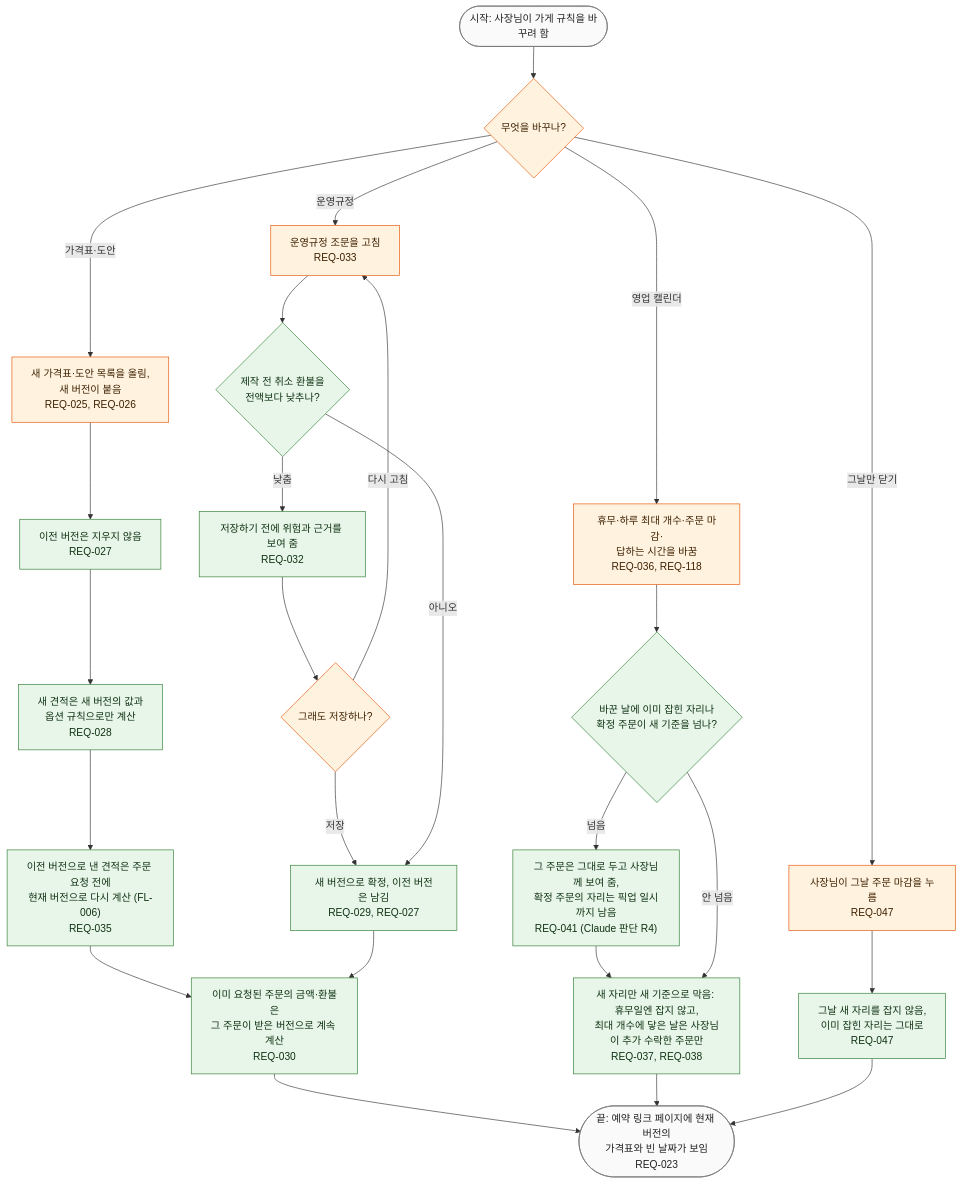
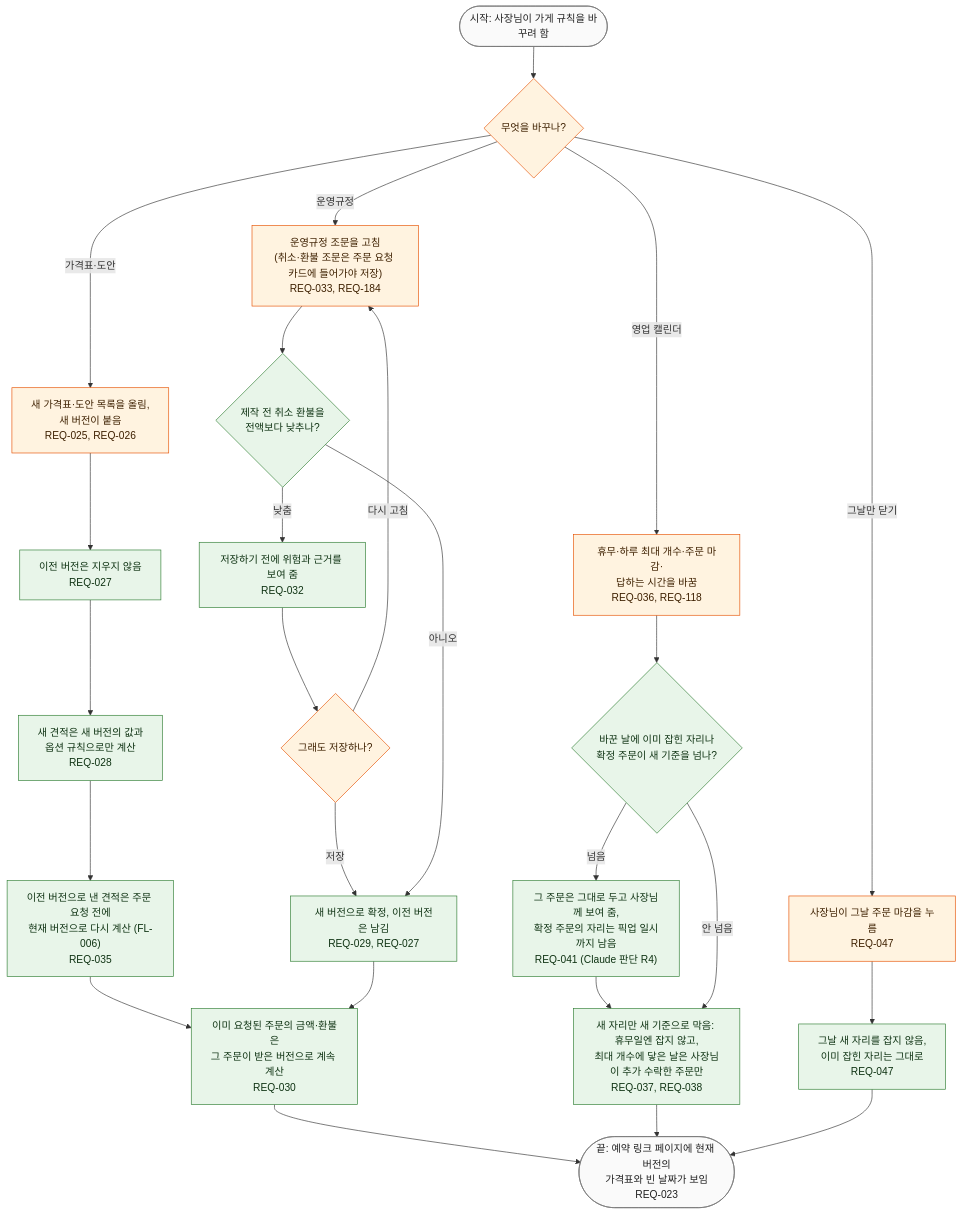
The diagram in docs/03-user-flow/FL-002-change-shop-rules.md (kodonghui/siljang.ai), drawn with Mermaid before and after one commit. The commit also changed other lines of this file and 52 other files, not shown here.

````diff
--- a/docs/03-user-flow/FL-002-change-shop-rules.md
+++ b/docs/03-user-flow/FL-002-change-shop-rules.md
@@ -18,43 +18,43 @@
 ```mermaid
 flowchart TD
   S(["시작: 사장님이 가게 규칙을 바꾸려 함"])
   D0{"무엇을 바꾸나?"}
   P1["새 가격표·도안 목록을 올림,<br/>새 버전이 붙음<br/>REQ-025, REQ-026"]
   P2["이전 버전은 지우지 않음<br/>REQ-027"]
   P3["새 견적은 새 버전의 값과<br/>옵션 규칙으로만 계산<br/>REQ-028"]
   P4["이전 버전으로 낸 견적은 주문 요청 전에<br/>현재 버전으로 다시 계산 (FL-006)<br/>REQ-035"]
-  U1["운영규정 조문을 고침<br/>REQ-033"]
+  U1["운영규정 조문을 고침<br/>(취소·환불 조문은 주문 요청 카드에 들어가야 저장)<br/>REQ-033, REQ-184"]
   D1{"제작 전 취소 환불을<br/>전액보다 낮추나?"}
   U2["저장하기 전에 위험과 근거를 보여 줌<br/>REQ-032"]
   D2{"그래도 저장하나?"}
   U3["새 버전으로 확정, 이전 버전은 남김<br/>REQ-029, REQ-027"]
   K1["이미 요청된 주문의 금액·환불은<br/>그 주문이 받은 버전으로 계속 계산<br/>REQ-030"]
   C1["휴무·하루 최대 개수·주문 마감·<br/>답하는 시간을 바꿈<br/>REQ-036, REQ-118"]
   D3{"바꾼 날에 이미 잡힌 자리나<br/>확정 주문이 새 기준을 넘나?"}
   C2["그 주문은 그대로 두고 사장님께 보여 줌,<br/>확정 주문의 자리는 픽업 일시까지 남음<br/>REQ-041 (Claude 판단 R4)"]
   C3["새 자리만 새 기준으로 막음: 휴무일엔 잡지 않고,<br/>최대 개수에 닿은 날은 사장님이 추가 수락한 주문만<br/>REQ-037, REQ-038"]
   M1["사장님이 그날 주문 마감을 누름<br/>REQ-047"]
   M2["그날 새 자리를 잡지 않음,<br/>이미 잡힌 자리는 그대로<br/>REQ-047"]
   E1(["끝: 예약 링크 페이지에 현재 버전의<br/>가격표와 빈 날짜가 보임<br/>REQ-023"])
 
   S --> D0
   D0 -->|"가격표·도안"| P1 --> P2 --> P3 --> P4 --> K1
   D0 -->|"운영규정"| U1 --> D1
   D1 -->|"낮춤"| U2 --> D2
   D2 -->|"저장"| U3
   D2 -->|"다시 고침"| U1
   D1 -->|"아니오"| U3
   U3 --> K1 --> E1
   D0 -->|"영업 캘린더"| C1 --> D3
   D3 -->|"넘음"| C2 --> C3
   D3 -->|"안 넘음"| C3
   C3 --> E1
   D0 -->|"그날만 닫기"| M1 --> M2 --> E1
 
   classDef owner fill:#fff3e0,stroke:#e65100,color:#3e2000
   classDef svc fill:#e8f5e9,stroke:#2e7d32,color:#0f3313
   classDef term fill:#fafafa,stroke:#757575,color:#212121
   class D0,P1,U1,D2,C1,M1 owner
   class P2,P3,P4,D1,U2,U3,K1,D3,C2,C3,M2 svc
   class S,E1 term
 ```
````
